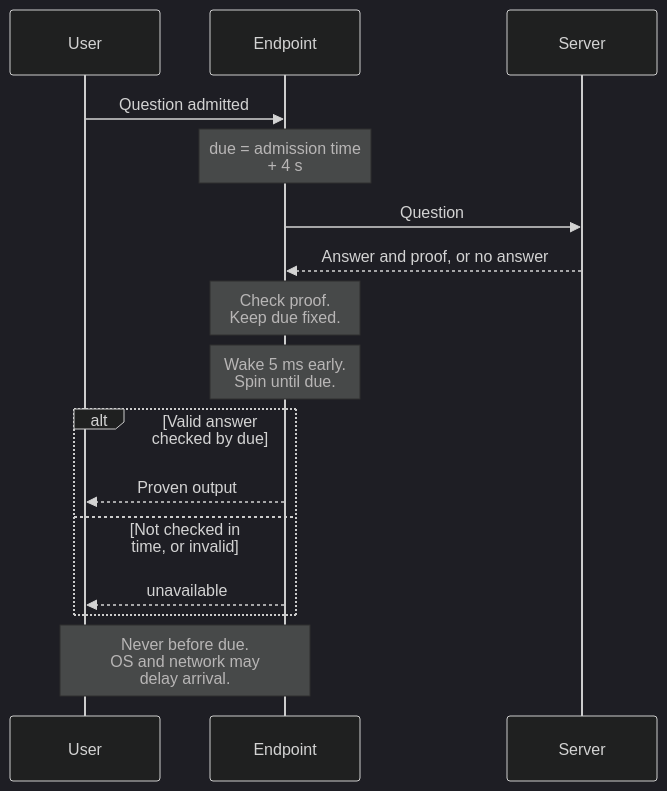
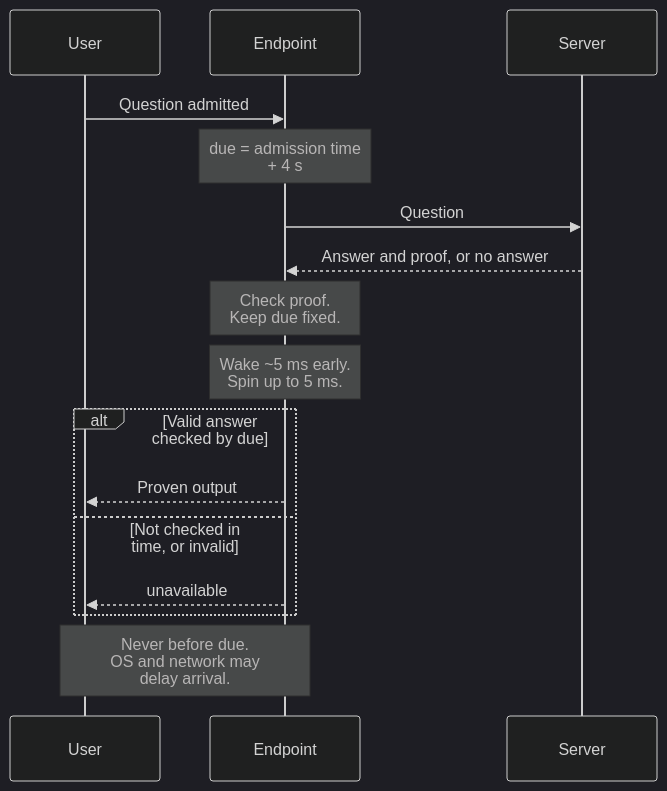
The diagram in book/diagrams/fixed-release.mmd (0x471/fasr-proof-gated-endpoint), drawn with Mermaid (dark theme) before and after one commit. The commit also changed 1 other file, not shown here.

Commit message:
docs(book): label the spin as at most 5 ms

```diff
--- a/book/diagrams/fixed-release.mmd
+++ b/book/diagrams/fixed-release.mmd
@@ -1,16 +1,16 @@
 sequenceDiagram
     participant U as User
     participant E as Endpoint
     participant S as Server
     U->>E: Question admitted
     Note over E: due = admission time<br/>+ 4 s
     E->>S: Question
     S-->>E: Answer and proof, or no answer
     Note over E: Check proof.<br/>Keep due fixed.
-    Note over E: Wake 5 ms early.<br/>Spin until due.
+    Note over E: Wake ~5 ms early.<br/>Spin up to 5 ms.
     alt Valid answer checked by due
         E-->>U: Proven output
     else Not checked in time, or invalid
         E-->>U: unavailable
     end
     Note over U,E: Never before due.<br/>OS and network may<br/>delay arrival.
```
